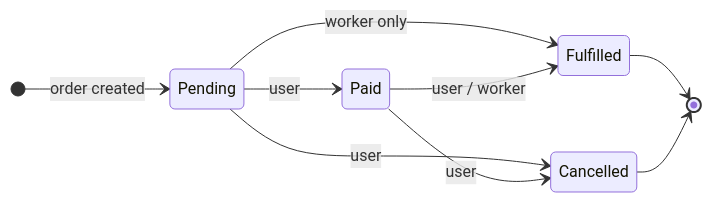
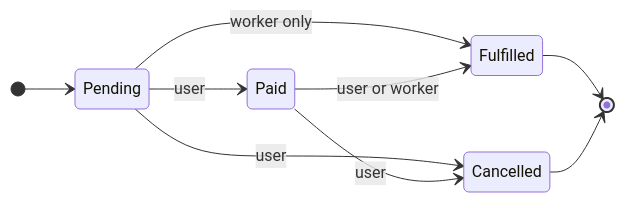
One commit to papi973/AmrodOrders changed the second of 2 diagrams in README.md. Above: the diagram before and after it, drawn with Mermaid. The commit also changed other lines of this file, not shown here.

````diff
--- a/README.md
+++ b/README.md
@@ -162,15 +162,12 @@
 ```mermaid
 stateDiagram-v2
     direction LR
-    [*] --> Pending : order created
-
-    Pending --> Paid : user
-    Pending --> Cancelled : user
-    Pending --> Fulfilled : worker only
-
-    Paid --> Fulfilled : user / worker
-    Paid --> Cancelled : user
-
+    [*] --> Pending
+    Pending --> Paid: user
+    Pending --> Cancelled: user
+    Pending --> Fulfilled: worker only
+    Paid --> Fulfilled: user or worker
+    Paid --> Cancelled: user
     Fulfilled --> [*]
     Cancelled --> [*]
 ```
````
